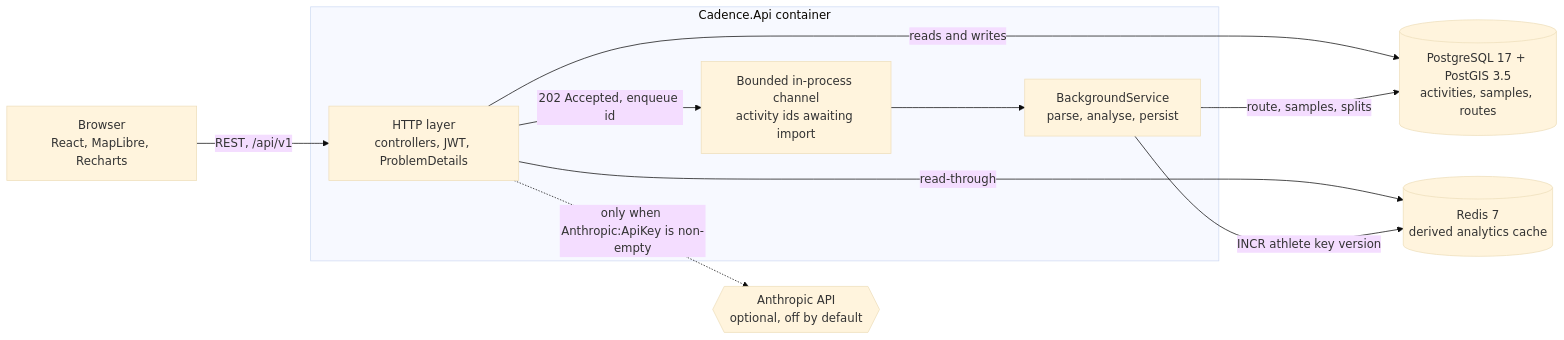
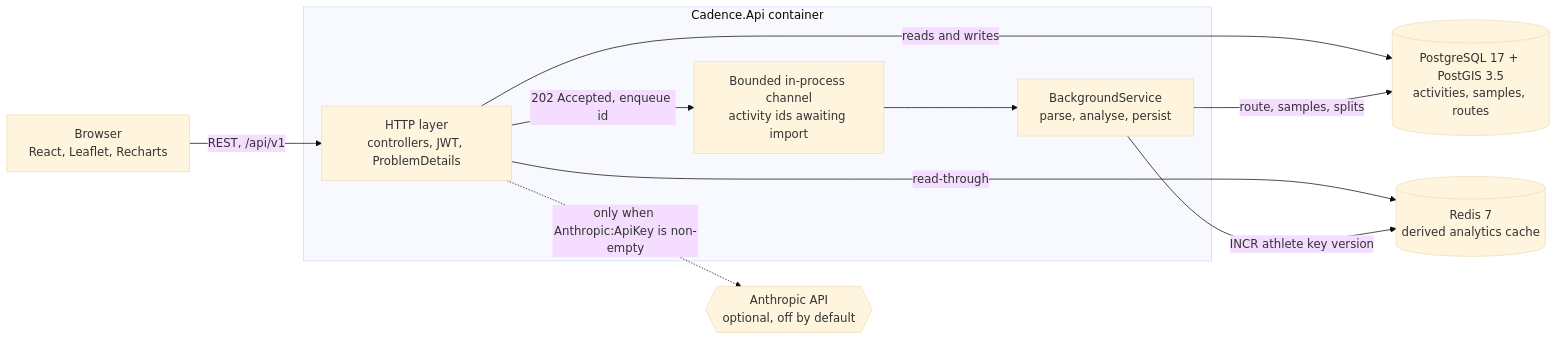
The first of 2 diagrams in README.md (eddie7ch/cadence), drawn with Mermaid (base theme) before and after one commit. The commit also changed other lines of this file and 17 other files, not shown here.

````diff
--- a/README.md
+++ b/README.md
@@ -17,23 +17,23 @@
 ```mermaid
 flowchart LR
-    browser["Browser<br/>React, MapLibre, Recharts"]
+    browser["Browser<br/>React, Leaflet, Recharts"]
 
     subgraph container["Cadence.Api container"]
         http["HTTP layer<br/>controllers, JWT, ProblemDetails"]
         queue["Bounded in-process channel<br/>activity ids awaiting import"]
         worker["BackgroundService<br/>parse, analyse, persist"]
     end
 
     postgis[("PostgreSQL 17 + PostGIS 3.5<br/>activities, samples, routes")]
     redis[("Redis 7<br/>derived analytics cache")]
     llm{{"Anthropic API<br/>optional, off by default"}}
 
     browser -->|"REST, /api/v1"| http
     http -->|"202 Accepted, enqueue id"| queue
     queue --> worker
     http -->|"reads and writes"| postgis
     worker -->|"route, samples, splits"| postgis
     http -->|"read-through"| redis
     worker -->|"INCR athlete key version"| redis
     http -.->|"only when Anthropic:ApiKey is non-empty"| llm
 ```
````
